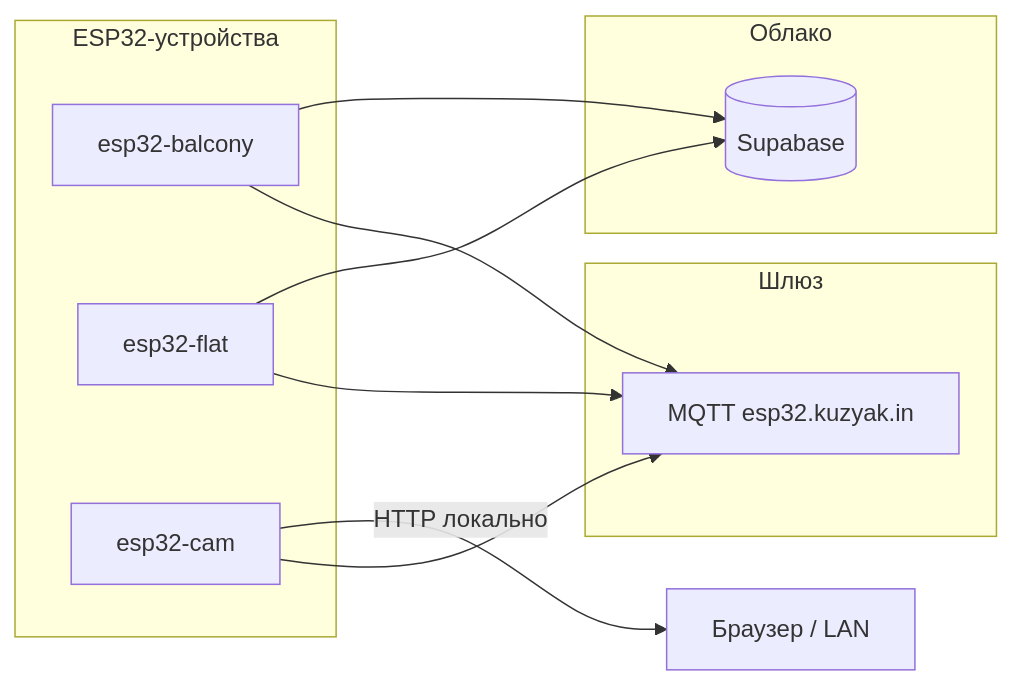
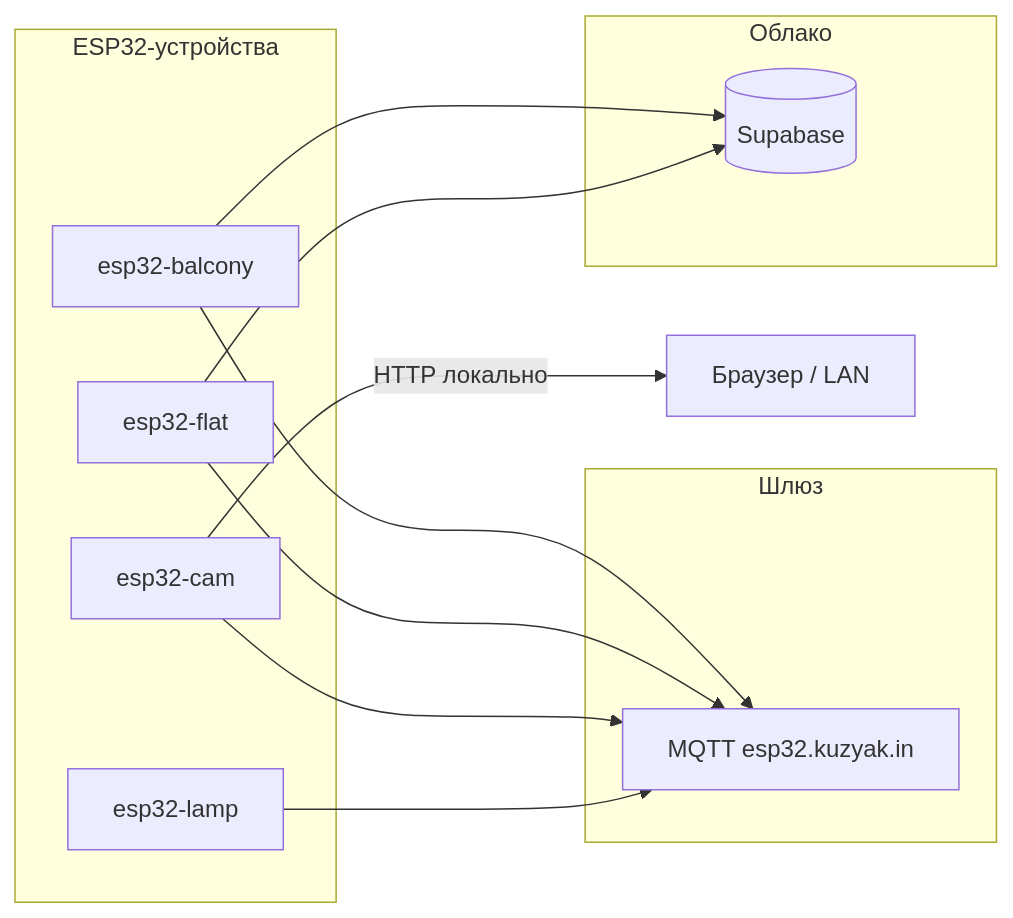
One commit to iposho/arduino changed the diagram in README.md. Above: the diagram before and after it, drawn with Mermaid. The commit also changed other lines of this file and 11 other files, not shown here.

First line of the commit message:
feat: esp32-lamp, MQTT capabilities и версионирование прошивок

````diff
--- a/README.md
+++ b/README.md
@@ -9,23 +9,25 @@
 ```mermaid
 flowchart LR
   subgraph devices [ESP32-устройства]
     B[esp32-balcony]
     F[esp32-flat]
     C[esp32-cam]
+    L[esp32-lamp]
   end
 
   subgraph hub [Шлюз]
   M[MQTT esp32.kuzyak.in]
   end
 
   subgraph cloud [Облако]
   S[(Supabase)]
   end
 
   B --> M
   F --> M
   C --> M
+  L --> M
   B --> S
   F --> S
   C -->|HTTP локально| U[Браузер / LAN]
 ```
````
